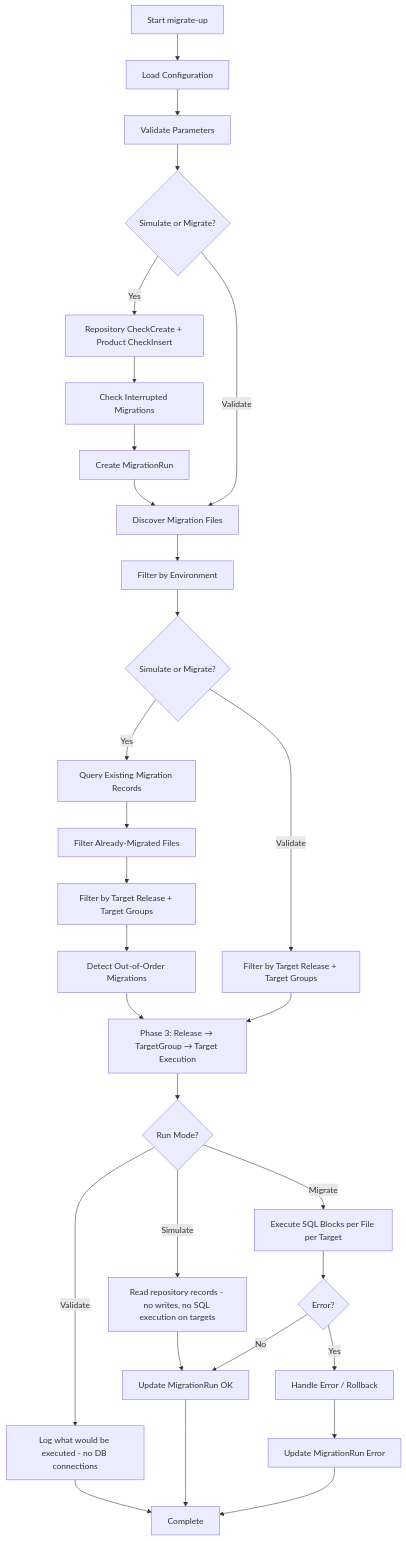
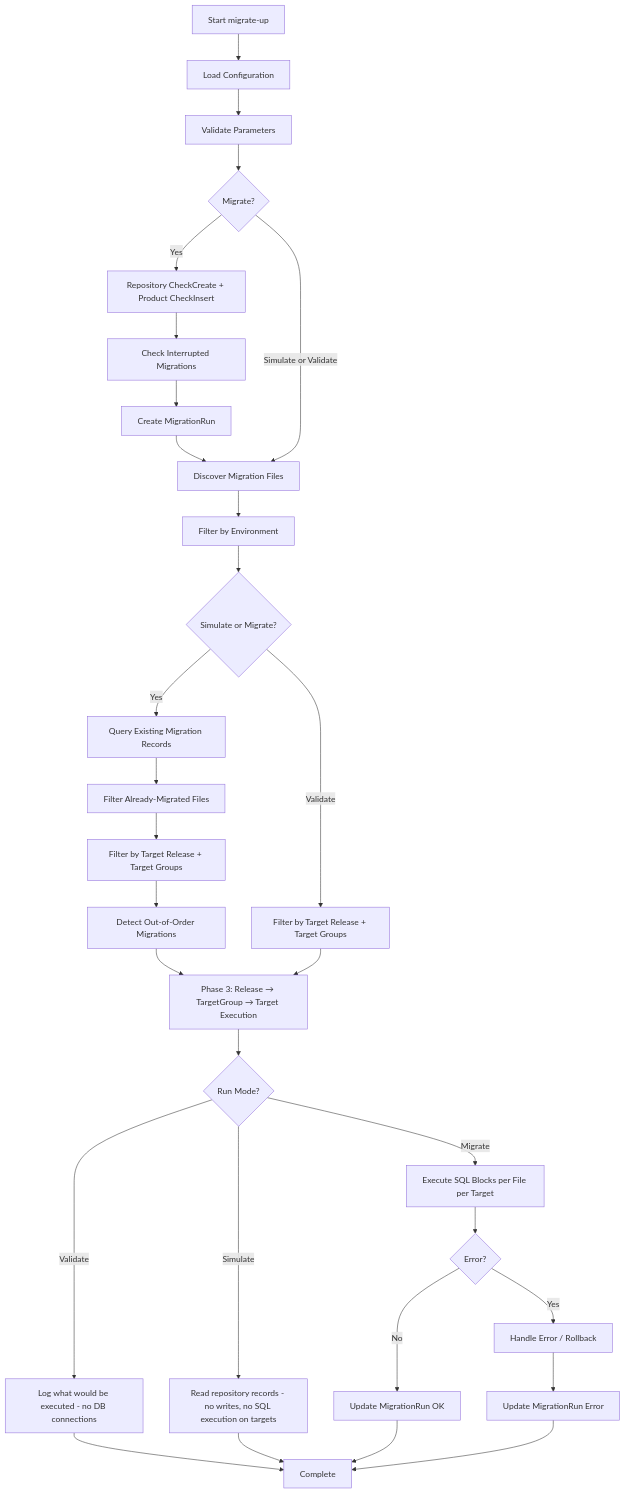
The diagram in Docs/08-cli-reference/migrate-up.md (RAYCOON/RayMigrator), drawn with Mermaid before and after one commit. The commit also changed other lines of this file and 36 other files, not shown here.

````diff
--- a/Docs/08-cli-reference/migrate-up.md
+++ b/Docs/08-cli-reference/migrate-up.md
@@ -135,32 +135,32 @@
 ```mermaid
 flowchart TD
     A[Start migrate-up] --> B[Load Configuration]
     B --> C[Validate Parameters]
-    C --> C2{Simulate or Migrate?}
+    C --> C2{Migrate?}
     C2 -->|Yes| D[Repository CheckCreate + Product CheckInsert]
     D --> E[Check Interrupted Migrations]
     E --> F[Create MigrationRun]
     F --> G[Discover Migration Files]
-    C2 -->|Validate| G
+    C2 -->|Simulate or Validate| G
     G --> H[Filter by Environment]
     H --> H2{Simulate or Migrate?}
     H2 -->|Yes| I[Query Existing Migration Records]
     I --> J[Filter Already-Migrated Files]
     J --> J2[Filter by Target Release + Target Groups]
     H2 -->|Validate| J2b[Filter by Target Release + Target Groups]
     J2 --> J3[Detect Out-of-Order Migrations]
     J3 --> L[Phase 3: Release → TargetGroup → Target Execution]
     J2b --> L
     L --> L2{Run Mode?}
     L2 -->|Validate| L3[Log what would be executed - no DB connections]
     L2 -->|Simulate| M[Read repository records - no writes, no SQL execution on targets]
     L2 -->|Migrate| N[Execute SQL Blocks per File per Target]
     N --> O{Error?}
     O -->|No| P[Update MigrationRun OK]
     O -->|Yes| Q[Handle Error / Rollback]
     Q --> R[Update MigrationRun Error]
     L3 --> S[Complete]
-    M --> P
+    M --> S
     P --> S
     R --> S
 ```
````
